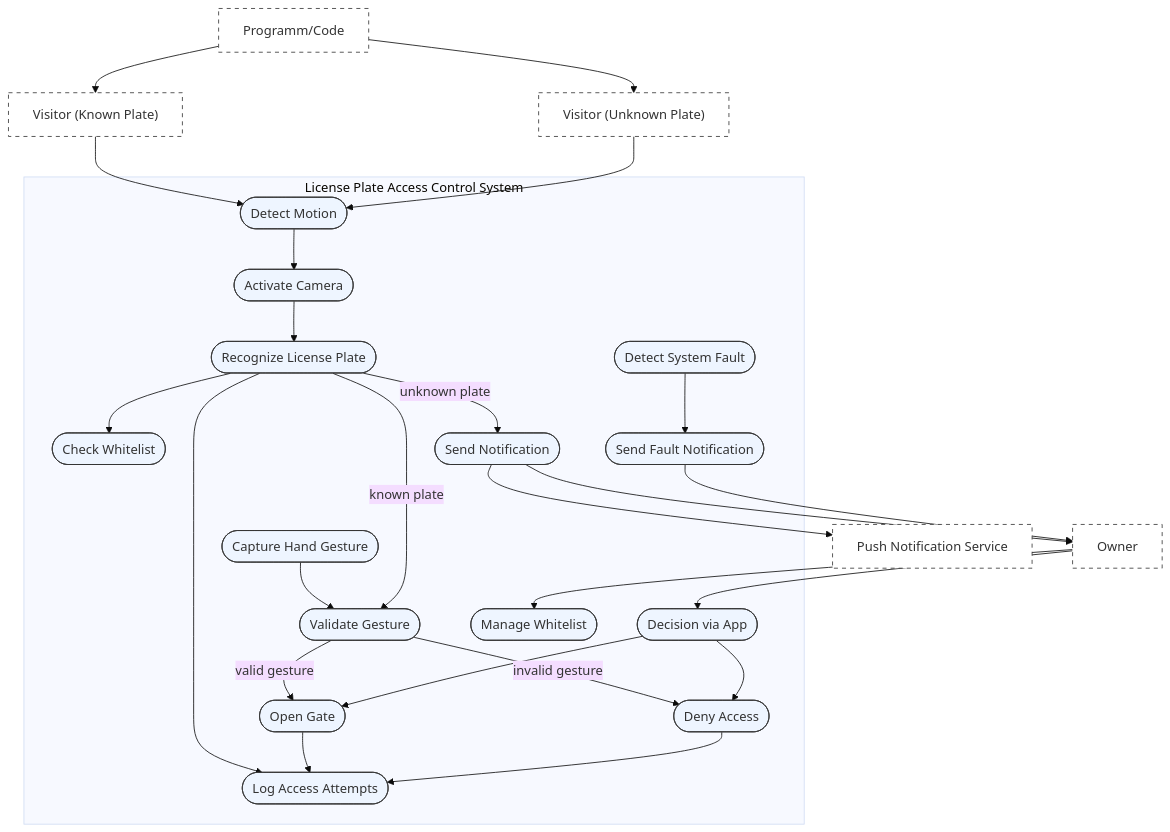
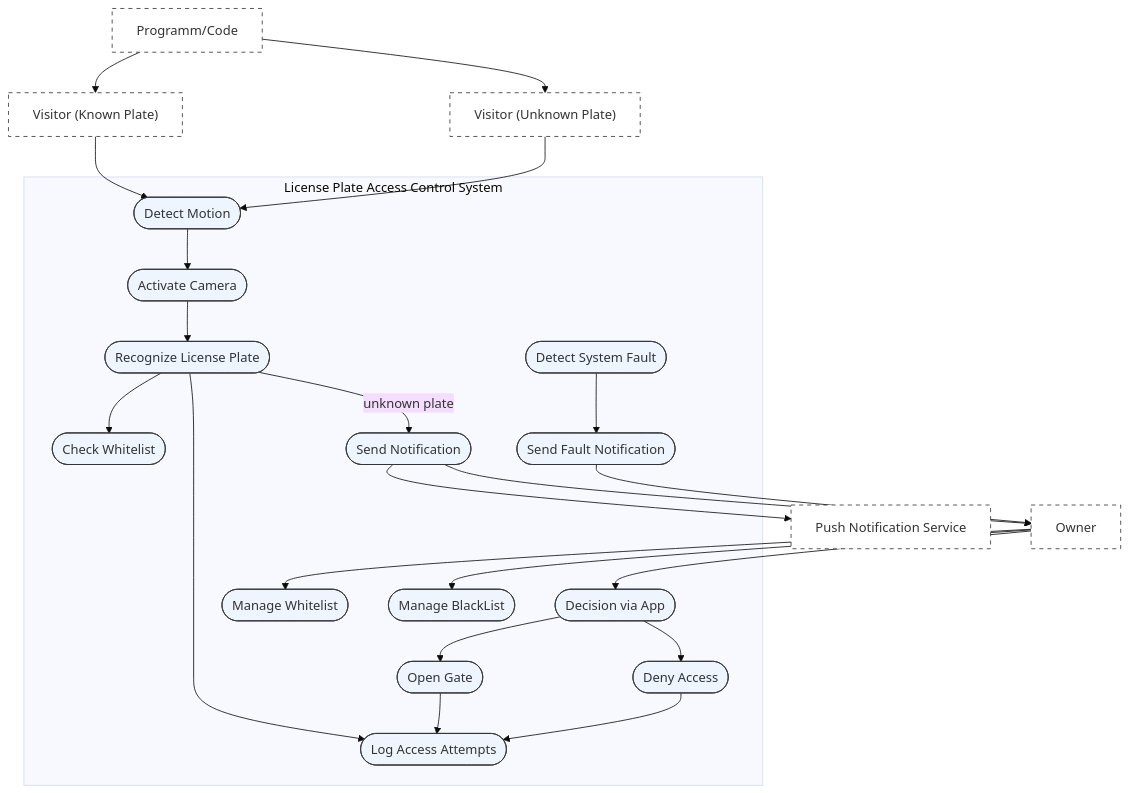
The diagram in Sprint0.md (lucalokua-byte/Projekt_Mathis_Elia_Quentin_Luca), drawn with Mermaid (base theme) before and after one commit. The commit also changed other lines of this file, not shown here.

Commit message:
Add Use Case Diagram Updates diagrams to add blacklist management and remove gesture steps
Removes the hand gesture capture and validation steps from the functional diagram,
streamlining the access flow. Adds blacklist management as a use case for owners,
improving access control representation. Includes a use case diagram image for clarity.

````diff
--- a/Sprint0.md
+++ b/Sprint0.md
@@ -23,68 +25,67 @@
 ```mermaid
 flowchart TD
   %% ==== Styles ====
   classDef actor fill:#ffffff,stroke:#333,stroke-dasharray:5 5;
   classDef usecase fill:#eef5ff,stroke:#333;
 
   %% ==== Actors (outside boundary) ====
   Owner["Owner"]:::actor
   Known["Visitor (Known Plate)"]:::actor
   Unknown["Visitor (Unknown Plate)"]:::actor
   PushSvc["Push Notification Service"]:::actor
   Programm["Programm/Code"]:::actor
 
   %% ==== System boundary ====
   subgraph System["License Plate Access Control System"]
     M([Detect Motion]):::usecase
     C([Activate Camera]):::usecase
     L([Recognize License Plate]):::usecase
     W([Check Whitelist]):::usecase
-    G([Capture Hand Gesture]):::usecase
-    V([Validate Gesture]):::usecase
     O([Open Gate]):::usecase
     D([Deny Access]):::usecase
     N([Send Notification]):::usecase
     APP([Decision via App]):::usecase
     WL([Manage Whitelist]):::usecase
+    BL([Manage BlackList]):::usecase
     LOG([Log Access Attempts]):::usecase
     FD([Detect System Fault]):::usecase
     FN([Send Fault Notification]):::usecase
   end
 
   %% ==== Actor triggers ====
   Programm --> Unknown
   Programm --> Known
   Known --> M
   Unknown --> M
 
   %% ==== Core flow ====
   M --> C --> L --> W
-  G --> V
+  
 
   %% Logging (always executed with core use cases) ≈ <<include>>
   L --> LOG
   O --> LOG
   D --> LOG
 
   %% ==== Branching (labels explain conditions) ====
-  L -- "known plate" --> V
-  V -- "valid gesture" --> O
-  V -- "invalid gesture" --> D
+ 
+
   L -- "unknown plate" --> N
 
   %% ==== Notifications & decisions ====
   N --> Owner
   N --> PushSvc
   Owner --> APP
   APP --> O
   APP --> D
 
   %% ==== Management ====
   Owner --> WL
+  Owner --> BL
 
   %% ==== Fault handling (fail-safe: gate stays closed) ====
   FD --> FN --> Owner
 
  
 
   ```
````
